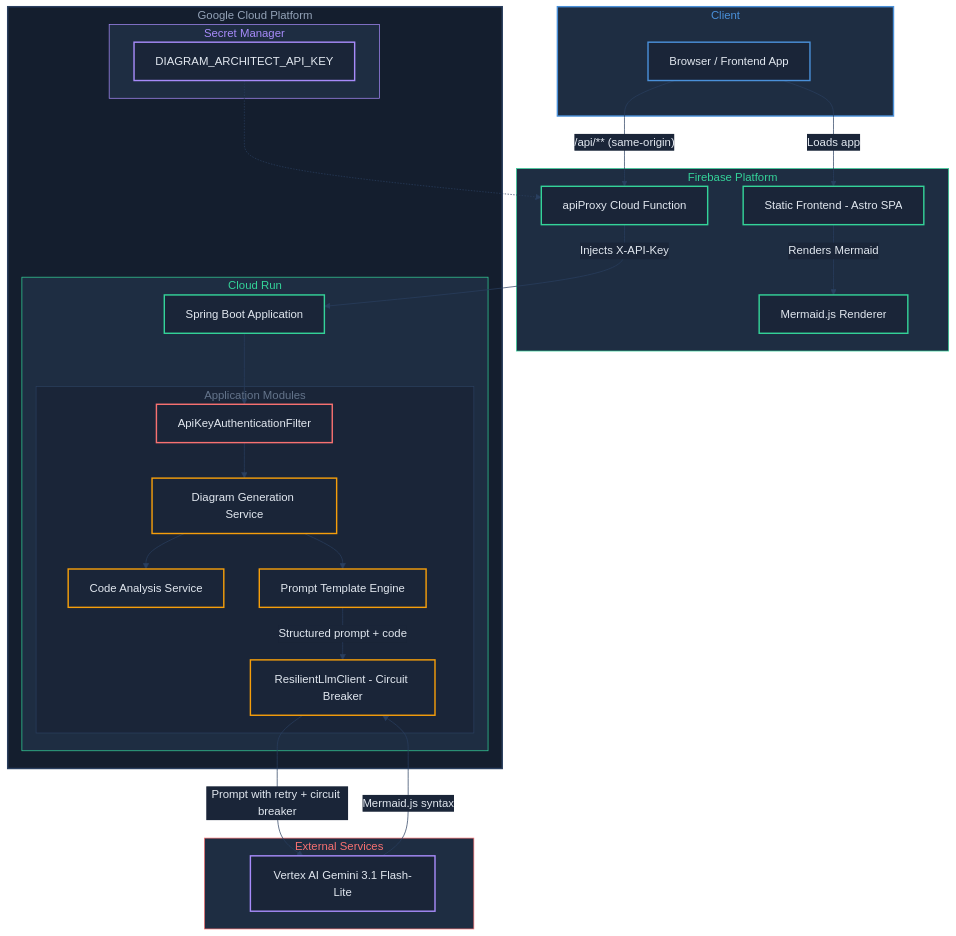
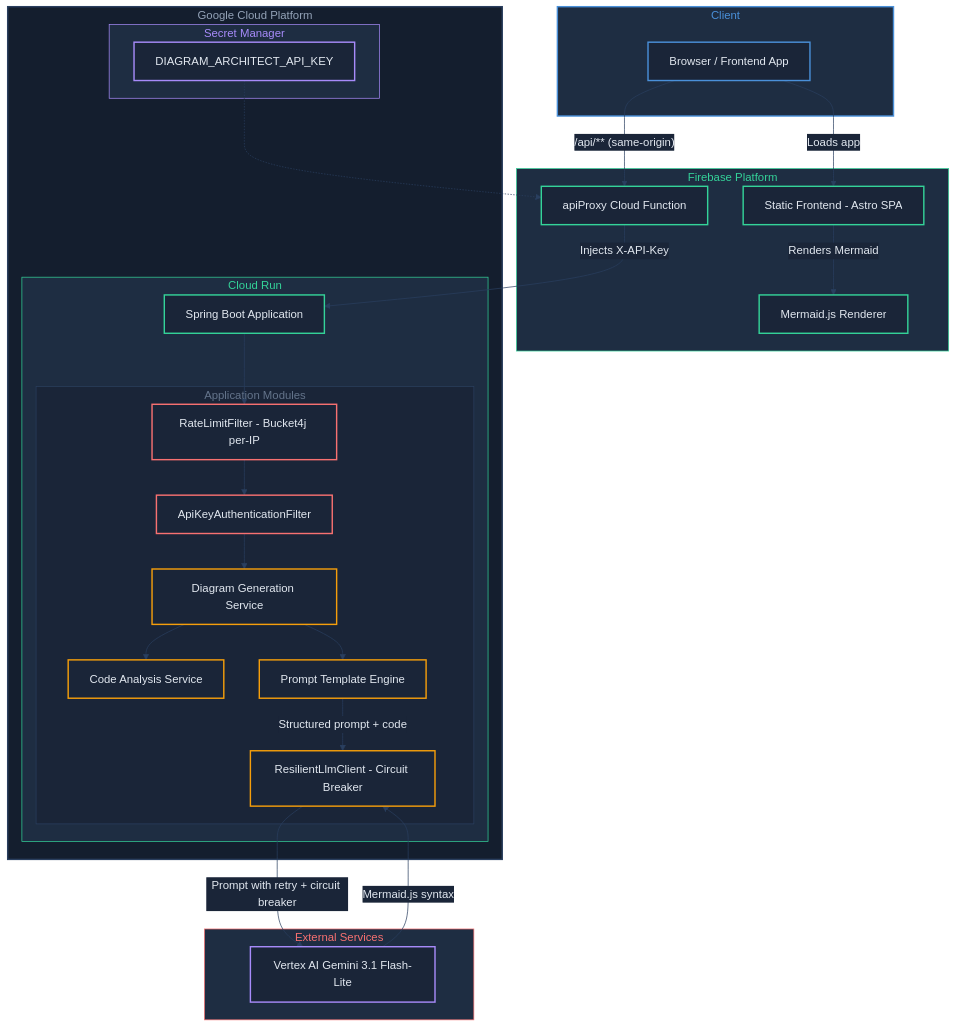
The diagram in docs/architecture.md (jking-ai/diagram-as-code-architect), drawn with Mermaid before and after one commit. The commit also changed other lines of this file and 10 other files, not shown here.

First line of the commit message:
Add per-IP rate limiting with Bucket4j

````diff
--- a/docs/architecture.md
+++ b/docs/architecture.md
@@ -5,80 +5,82 @@
 ```mermaid
 %%{init: {'theme': 'base', 'themeVariables': {
   'darkMode': true,
   'background': '#0f1724',
   'primaryColor': '#1a2538',
   'primaryTextColor': '#e2e8f0',
   'primaryBorderColor': '#2a3f5f',
   'lineColor': '#4a90d9',
   'secondaryColor': '#1e2d42',
   'tertiaryColor': '#1e2d42',
   'edgeLabelBackground': '#1a2538',
   'clusterBkg': '#1e2d42',
   'clusterBorder': '#2a3f5f',
   'nodeTextColor': '#e2e8f0',
   'titleColor': '#94a3b8'
 }}}%%
 flowchart TB
     subgraph Client
         A[Browser / Frontend App]:::blue
     end
 
     subgraph Firebase["Firebase Platform"]
         B[Static Frontend - Astro SPA]:::green
         C[Mermaid.js Renderer]:::green
         P[apiProxy Cloud Function]:::green
     end
 
     subgraph GCP["Google Cloud Platform"]
         subgraph CloudRun["Cloud Run"]
             D[Spring Boot Application]:::green
             subgraph AppModules["Application Modules"]
+                RL[RateLimitFilter - Bucket4j per-IP]:::red
                 Auth[ApiKeyAuthenticationFilter]:::red
                 E[Diagram Generation Service]:::amber
                 F[Code Analysis Service]:::amber
                 G[Prompt Template Engine]:::amber
                 R[ResilientLlmClient - Circuit Breaker]:::amber
             end
         end
 
         subgraph Secrets["Secret Manager"]
             SK[DIAGRAM_ARCHITECT_API_KEY]:::purple
         end
     end
 
     subgraph External["External Services"]
         H[Vertex AI Gemini 3.1 Flash-Lite]:::purple
     end
 
     A -- "Loads app" --> B
     A -- "/api/** (same-origin)" --> P
     P -- "Injects X-API-Key" --> D
     SK -.-> P
 
-    D --> Auth
+    D --> RL
+    RL --> Auth
     Auth --> E
     E --> F
     E --> G
     G -- "Structured prompt + code" --> R
     R -- "Prompt with retry + circuit breaker" --> H
     H -- "Mermaid.js syntax" --> R
 
     B -- "Renders Mermaid" --> C
 
     style Client fill:#1e2d42, stroke:#4a90d9, stroke-width:2px, color:#4a90d9
     style Firebase fill:#1e2d42, stroke:#34d399, stroke-width:1px, color:#34d399
     style GCP fill:#141e2e, stroke:#2a3f5f, stroke-width:2px, color:#94a3b8
     style CloudRun fill:#1e2d42, stroke:#34d399, stroke-width:1px, color:#34d399
     style AppModules fill:#1a2538, stroke:#2a3f5f, stroke-width:1px, color:#64748b
     style Secrets fill:#1e2d42, stroke:#a78bfa, stroke-width:1px, color:#a78bfa
     style External fill:#1e2d42, stroke:#f87171, stroke-width:1px, color:#f87171
 
     classDef blue   fill:#1a2538, stroke:#4a90d9, stroke-width:2px, color:#e2e8f0;
     classDef green  fill:#1a2538, stroke:#34d399, stroke-width:2px, color:#e2e8f0;
     classDef amber  fill:#1a2538, stroke:#f59e0b, stroke-width:2px, color:#e2e8f0;
     classDef red    fill:#1a2538, stroke:#f87171, stroke-width:2px, color:#e2e8f0;
     classDef purple fill:#1a2538, stroke:#a78bfa, stroke-width:2px, color:#e2e8f0;
     classDef slate  fill:#1a2538, stroke:#94a3b8, stroke-width:2px, color:#e2e8f0;
 
     linkStyle default stroke:#2a3f5f, stroke-width:1px
 ```
````
